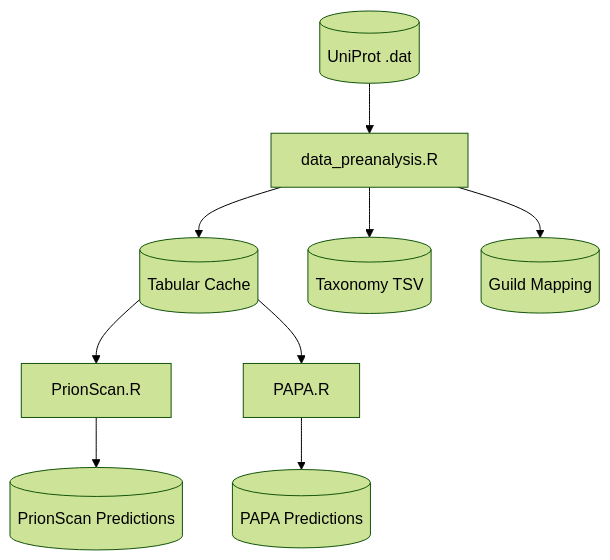
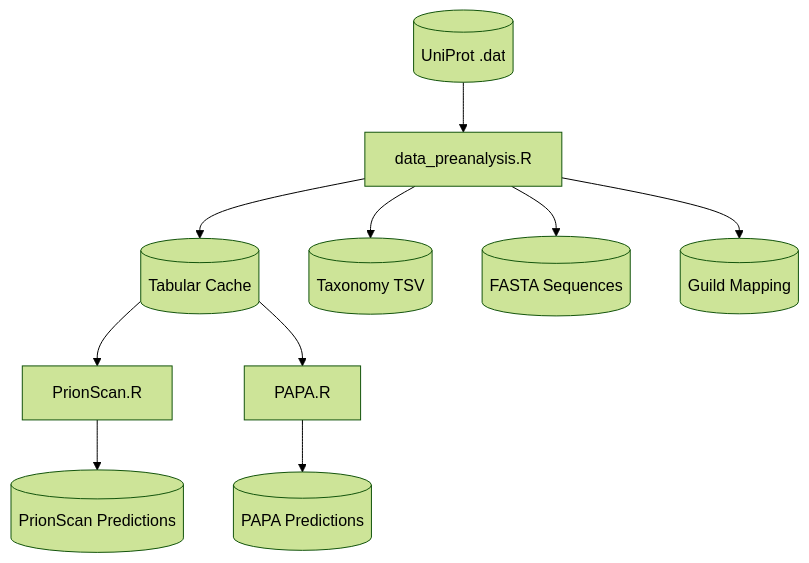
One commit to sghignone/prion-prediction-pipeline changed the diagram in README.md. Above: the diagram before and after it, drawn with Mermaid (forest theme). The commit also changed other lines of this file and 5 other files, not shown here.

````diff
--- a/README.md
+++ b/README.md
@@ -140,11 +141,12 @@
 ```mermaid
 flowchart TD
     DAT[("UniProt .dat")] --> S1[data_preanalysis.R]
     S1 --> TSV[("Tabular Cache")]
     S1 --> TAX[("Taxonomy TSV")]
+    S1 --> FASTA[("FASTA Sequences")]
     S1 --> GUILD[("Guild Mapping")]
     TSV --> S2[PrionScan.R]
     TSV --> S3[PAPA.R]
     S2 --> PRION[("PrionScan Predictions")]
     S3 --> PAPA_OUT[("PAPA Predictions")]
 ```
````
